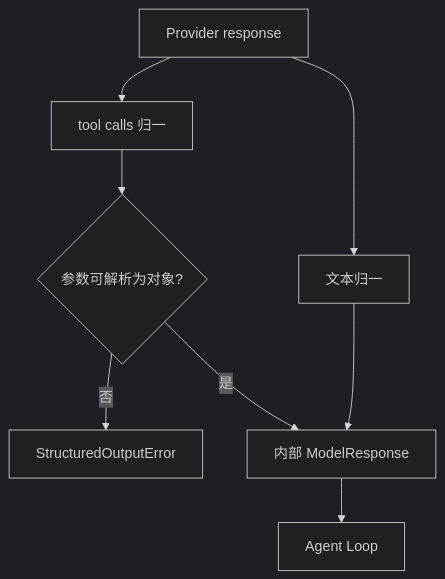
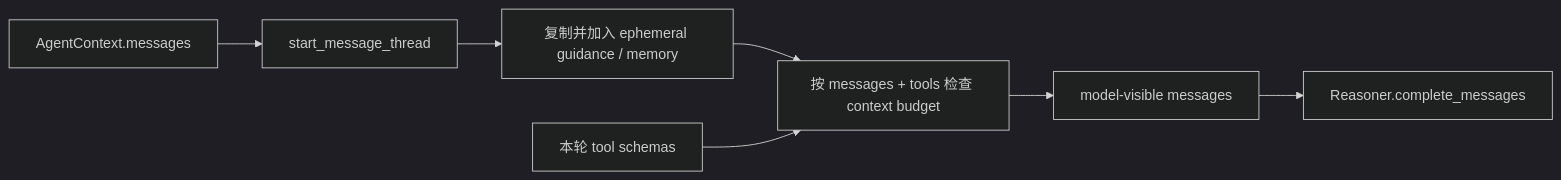
One commit to Arthur999459up/GitAgent changed the fourth of 6 diagrams in docs/04-model-and-context-protocol.md. Above: the diagram before and after it, drawn with Mermaid (dark theme). The commit also changed other lines of this file and 3 other files, not shown here.

````diff
--- a/docs/04-model-and-context-protocol.md
+++ b/docs/04-model-and-context-protocol.md
@@ -147,10 +216,9 @@
 ```mermaid
-flowchart TD
-    P[Provider response] --> T[文本归一]
-    P --> C[tool calls 归一]
-    C --> J{参数可解析为对象?}
-    J -->|否| E[StructuredOutputError]
-    J -->|是| M[内部 ModelResponse]
-    T --> M
-    M --> L[Agent Loop]
+flowchart LR
+    M[AgentContext.messages] --> S[start_message_thread]
+    S --> E[复制并加入 ephemeral guidance / memory]
+    E --> B[按 messages + tools 检查 context budget]
+    T[本轮 tool schemas] --> B
+    B --> Q[model-visible messages]
+    Q --> R[Reasoner.complete_messages]
 ```
````
